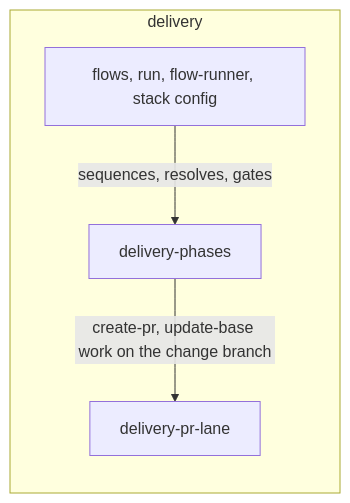
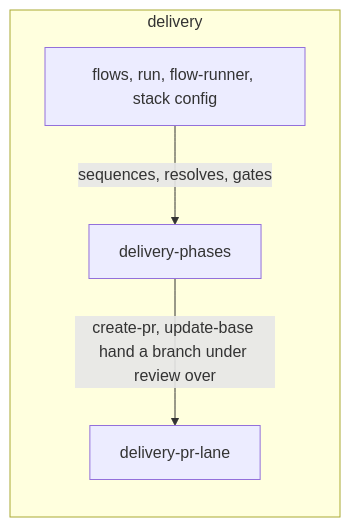
One commit to JSdotNet/devbook changed the first of 8 diagrams in .devbook/arc42/building-blocks/delivery.md. Above: the diagram before and after it, drawn with Mermaid. The commit also changed 15 other files, not shown here.

````diff
--- a/.devbook/arc42/building-blocks/delivery.md
+++ b/.devbook/arc42/building-blocks/delivery.md
@@ -19,10 +19,10 @@
 ```mermaid
 flowchart LR
   subgraph delivery
     F["flows, run, flow-runner, stack config"]
     P["delivery-phases"]
     L["delivery-pr-lane"]
   end
   F -->|"sequences, resolves, gates"| P
-  P -->|"create-pr, update-base work on the change branch"| L
+  P -->|"create-pr, update-base hand a branch under review over"| L
 ```
````
